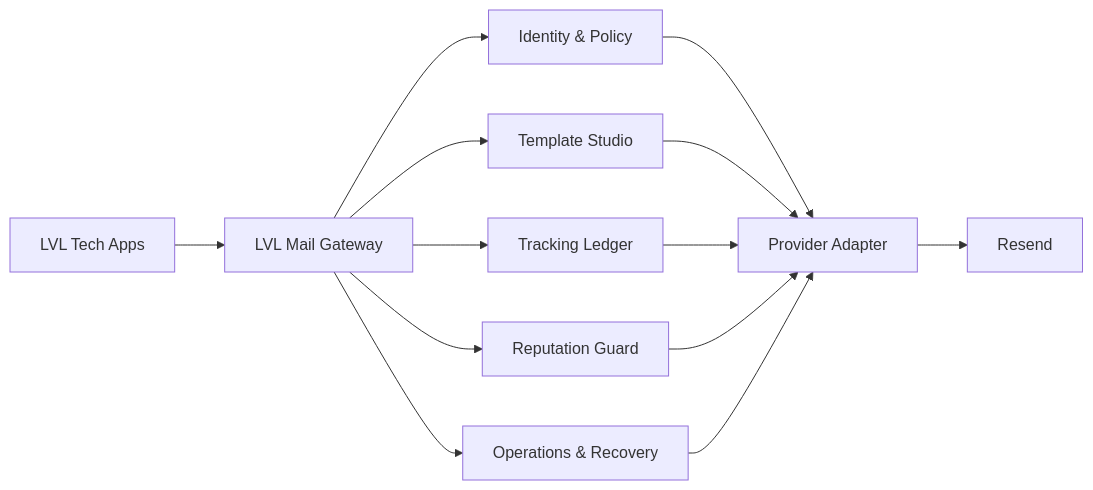
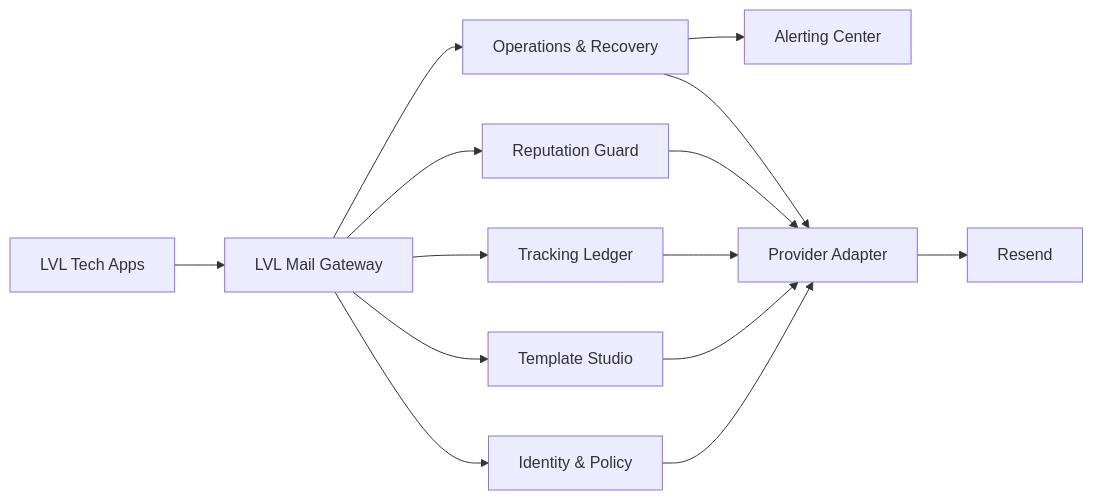
Before and after one commit to tec-2022/LVL-Mail: the diagram in README.md, drawn with Mermaid. The commit also changed other lines of this file, not shown here.

Commit message:
docs: update platform capabilities and alerting

````diff
--- a/README.md
+++ b/README.md
@@ -29,15 +29,16 @@
 ```mermaid
 flowchart LR
     A[LVL Tech Apps] --> B[LVL Mail Gateway]
     B --> C[Identity & Policy]
     B --> D[Template Studio]
     B --> E[Tracking Ledger]
     B --> F[Reputation Guard]
     B --> G[Operations & Recovery]
+    G --> J[Alerting Center]
     C --> H[Provider Adapter]
     D --> H
     E --> H
     F --> H
     G --> H
     H --> I[Resend]
 ```
````
